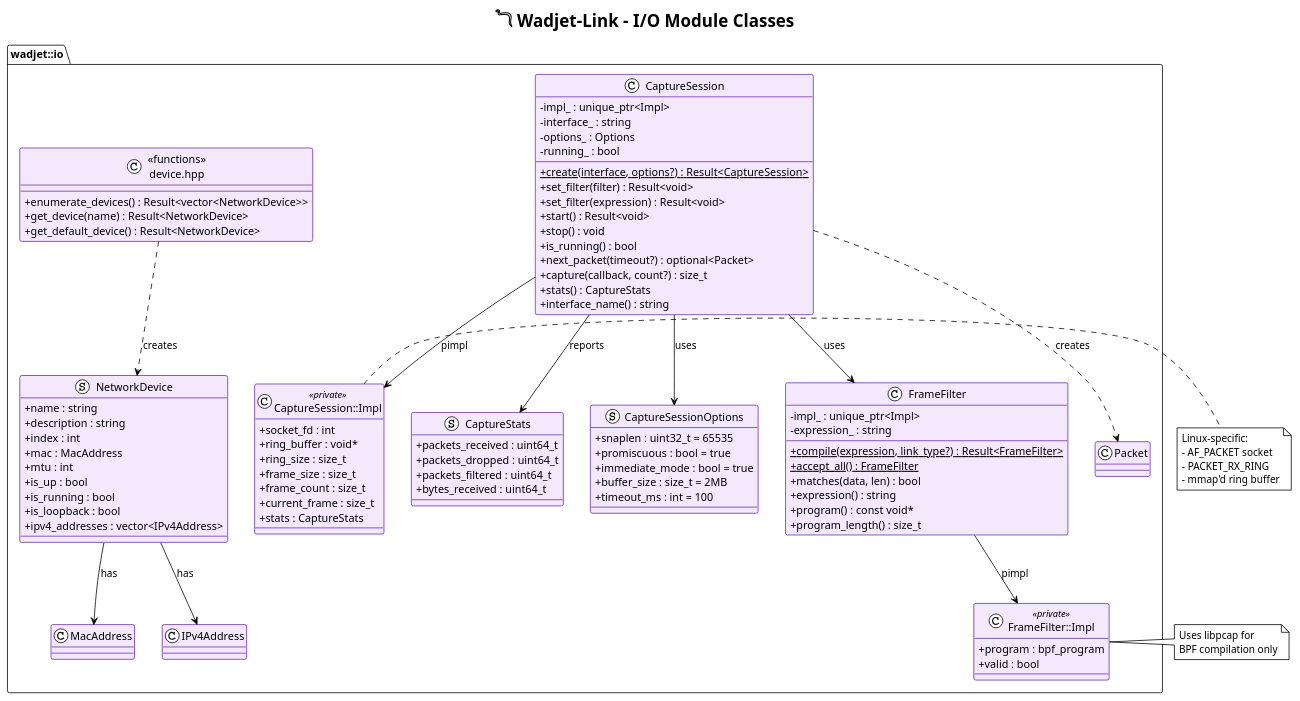
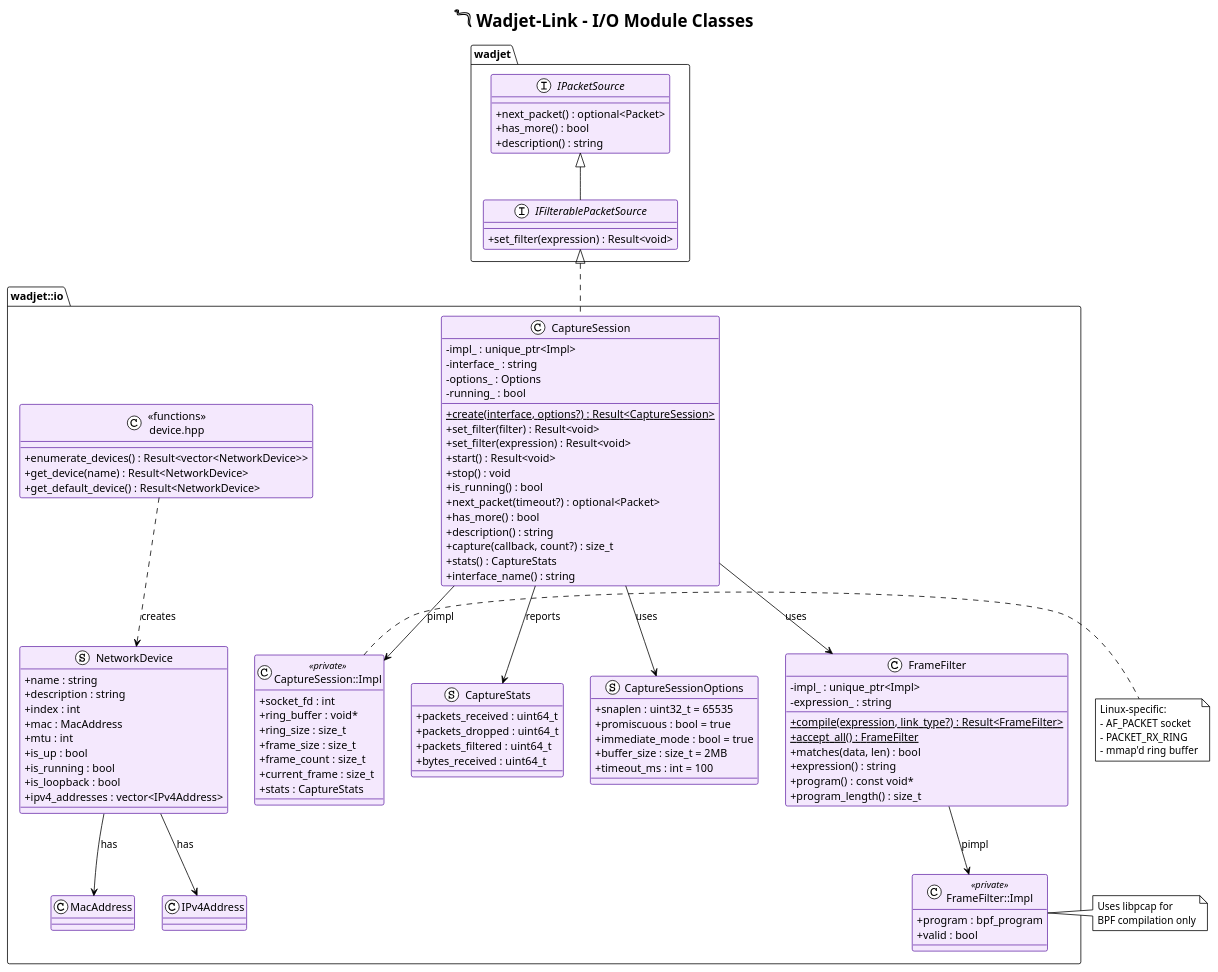
The diagram in architecture/modules/io_classes.puml (mm0rsy/Wadjet-Link), drawn with PlantUML before and after one commit. The commit also changed 12 other files, not shown here.

```diff
--- a/architecture/modules/io_classes.puml
+++ b/architecture/modules/io_classes.puml
@@ -1,119 +1,136 @@
 @startuml io_classes
 !theme plain
 title 𓆓 Wadjet-Link - I/O Module Classes
 
 skinparam backgroundColor white
 skinparam classAttributeIconSize 0
 skinparam class {
     BackgroundColor #F4E8FD
     BorderColor #6A2EAB
+}
+
+namespace wadjet {
+    interface IPacketSource {
+        + next_packet() : optional<Packet>
+        + has_more() : bool
+        + description() : string
+    }
+
+    interface IFilterablePacketSource {
+        + set_filter(expression) : Result<void>
+    }
+
+    IPacketSource <|-- IFilterablePacketSource
 }
 
 namespace wadjet::io {
 
     struct NetworkDevice {
         + name : string
         + description : string
         + index : int
         + mac : MacAddress
         + mtu : int
         + is_up : bool
         + is_running : bool
         + is_loopback : bool
         + ipv4_addresses : vector<IPv4Address>
     }
 
     struct CaptureStats {
         + packets_received : uint64_t
         + packets_dropped : uint64_t
         + packets_filtered : uint64_t
         + bytes_received : uint64_t
     }
 
     struct CaptureSessionOptions {
         + snaplen : uint32_t = 65535
         + promiscuous : bool = true
         + immediate_mode : bool = true
         + buffer_size : size_t = 2MB
         + timeout_ms : int = 100
     }
 
     class FrameFilter {
         - impl_ : unique_ptr<Impl>
         - expression_ : string
         --
         + {static} compile(expression, link_type?) : Result<FrameFilter>
         + {static} accept_all() : FrameFilter
         + matches(data, len) : bool
         + expression() : string
         + program() : const void*
         + program_length() : size_t
     }
 
     class "FrameFilter::Impl" as FrameFilterImpl <<private>> {
         + program : bpf_program
         + valid : bool
     }
 
     class CaptureSession {
         - impl_ : unique_ptr<Impl>
         - interface_ : string
         - options_ : Options
         - running_ : bool
         --
         + {static} create(interface, options?) : Result<CaptureSession>
         + set_filter(filter) : Result<void>
         + set_filter(expression) : Result<void>
         + start() : Result<void>
         + stop() : void
         + is_running() : bool
         + next_packet(timeout?) : optional<Packet>
+        + has_more() : bool
+        + description() : string
         + capture(callback, count?) : size_t
         + stats() : CaptureStats
         + interface_name() : string
     }
 
     class "CaptureSession::Impl" as CaptureSessionImpl <<private>> {
         + socket_fd : int
         + ring_buffer : void*
         + ring_size : size_t
         + frame_size : size_t
         + frame_count : size_t
         + current_frame : size_t
         + stats : CaptureStats
     }
 
     ' Device functions (free functions)
     class "<<functions>>\ndevice.hpp" as DeviceFunctions {
         + enumerate_devices() : Result<vector<NetworkDevice>>
         + get_device(name) : Result<NetworkDevice>
         + get_default_device() : Result<NetworkDevice>
     }
 
+    wadjet.IFilterablePacketSource <|.. CaptureSession
+
     CaptureSession --> CaptureSessionOptions : uses
     CaptureSession --> CaptureSessionImpl : pimpl
     CaptureSession --> CaptureStats : reports
     CaptureSession --> FrameFilter : uses
-    CaptureSession ..> Packet : creates
 
     FrameFilter --> FrameFilterImpl : pimpl
 
     DeviceFunctions ..> NetworkDevice : creates
 
     NetworkDevice --> MacAddress : has
     NetworkDevice --> IPv4Address : has
 }
 
 note right of CaptureSessionImpl
   Linux-specific:
   - AF_PACKET socket
   - PACKET_RX_RING
   - mmap'd ring buffer
 end note
 
 note right of FrameFilterImpl
   Uses libpcap for
   BPF compilation only
 end note
 
 @enduml
```
